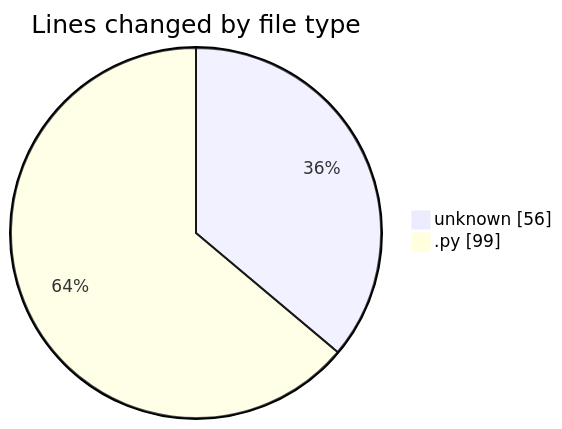
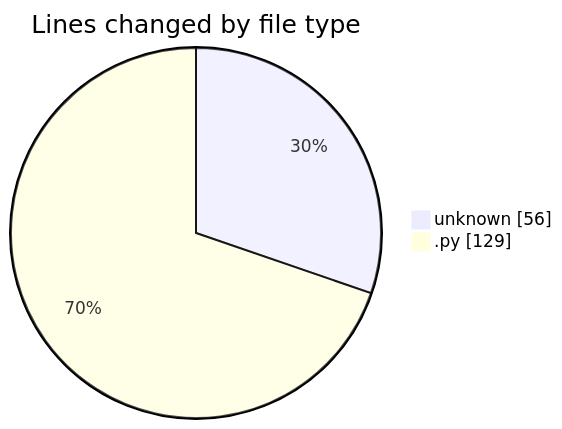
One commit to julien-gomy/code-tracking changed the first of 2 diagrams in 2025-11-26/eventscop-api-guide__workspace_/README.md. Above: the diagram before and after it, drawn with Mermaid. The commit also changed other lines of this file and 1 other file, not shown here.

````diff
--- a/2025-11-26/eventscop-api-guide__workspace_/README.md
+++ b/2025-11-26/eventscop-api-guide__workspace_/README.md
@@ -21,6 +21,6 @@
 ```mermaid
 pie showData
 title Lines changed by file type
 "unknown" : 56
-".py" : 99
+".py" : 129
 ```
````
